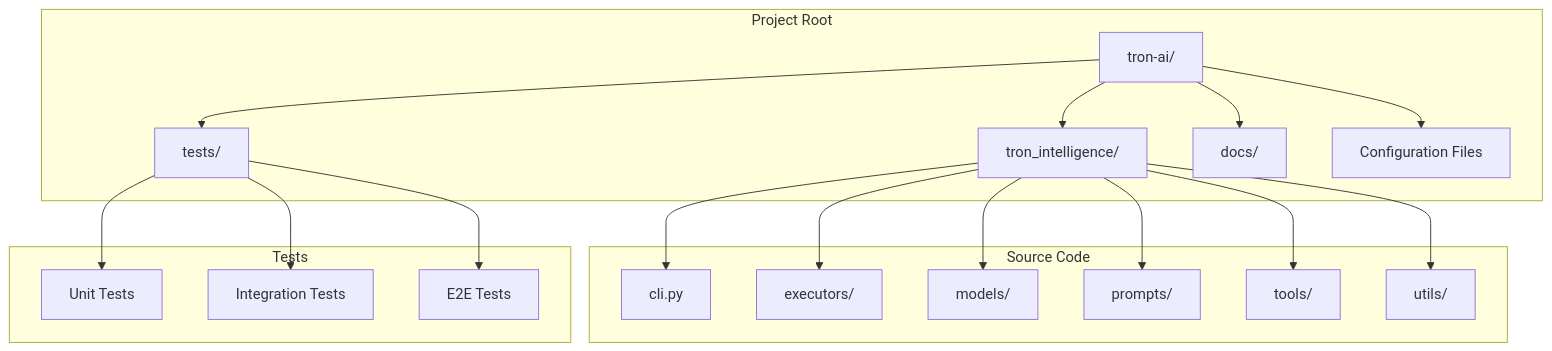
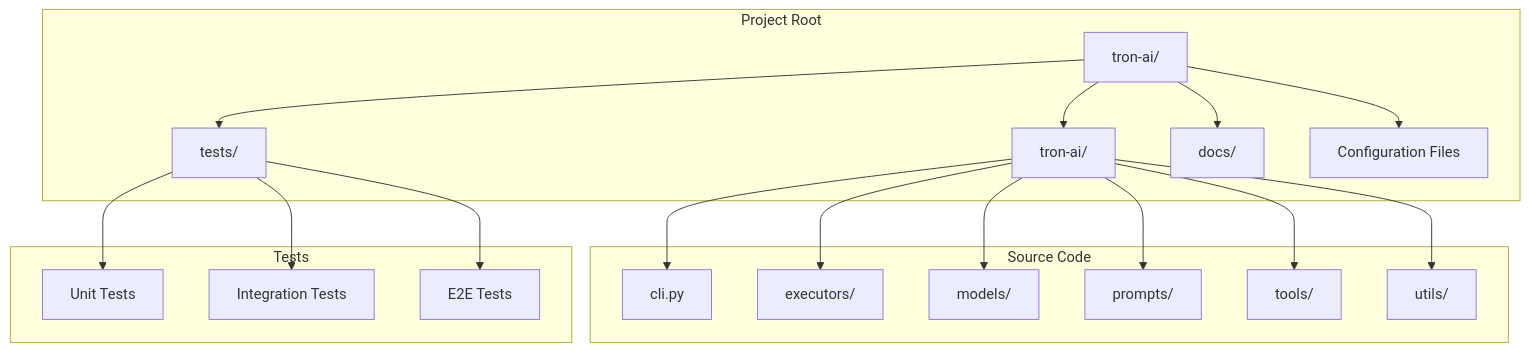
One commit to Bioto/tron-ai changed the first of 5 diagrams in docs/development.md. Above: the diagram before and after it, drawn with Mermaid. The commit also changed other lines of this file and 155 other files, not shown here.

Commit message:
Refactor project structure by renaming 'tron_intelligence' to 'tron_ai' across all files, updating import paths, and adjusting Makefile and documentation accordingly. Add new modules and utilities for enhanced functionality.

````diff
--- a/docs/development.md
+++ b/docs/development.md
@@ -63,25 +63,25 @@
 ```mermaid
 graph TD
     subgraph "Project Root"
         ROOT[tron-ai/]
-        ROOT --> SRC[tron_intelligence/]
+        ROOT --> SRC[tron-ai/]
         ROOT --> TESTS[tests/]
         ROOT --> DOCS[docs/]
         ROOT --> CONFIG[Configuration Files]
     end
     
     subgraph "Source Code"
         SRC --> CLI[cli.py]
         SRC --> EXE[executors/]
         SRC --> MOD[models/]
         SRC --> PROM[prompts/]
         SRC --> TOOLS[tools/]
         SRC --> UTILS[utils/]
     end
     
     subgraph "Tests"
         TESTS --> UNIT[Unit Tests]
         TESTS --> INT[Integration Tests]
         TESTS --> E2E[E2E Tests]
     end
 ```
````
